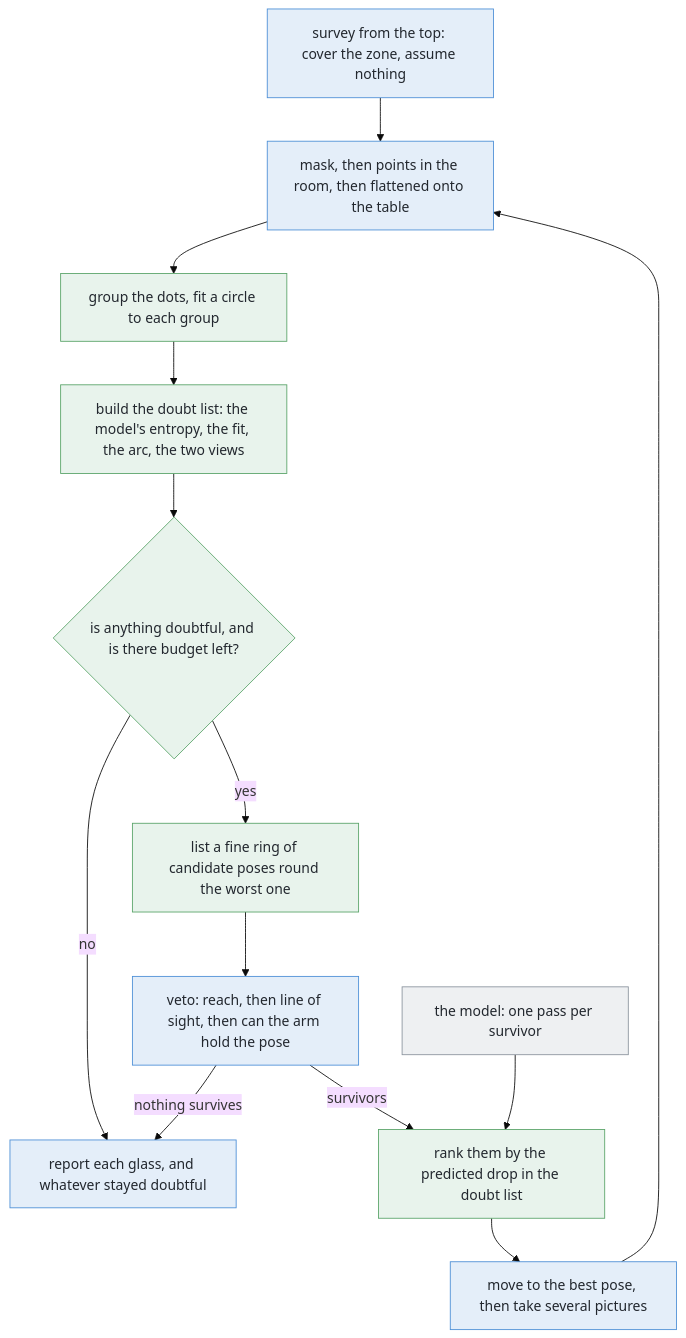
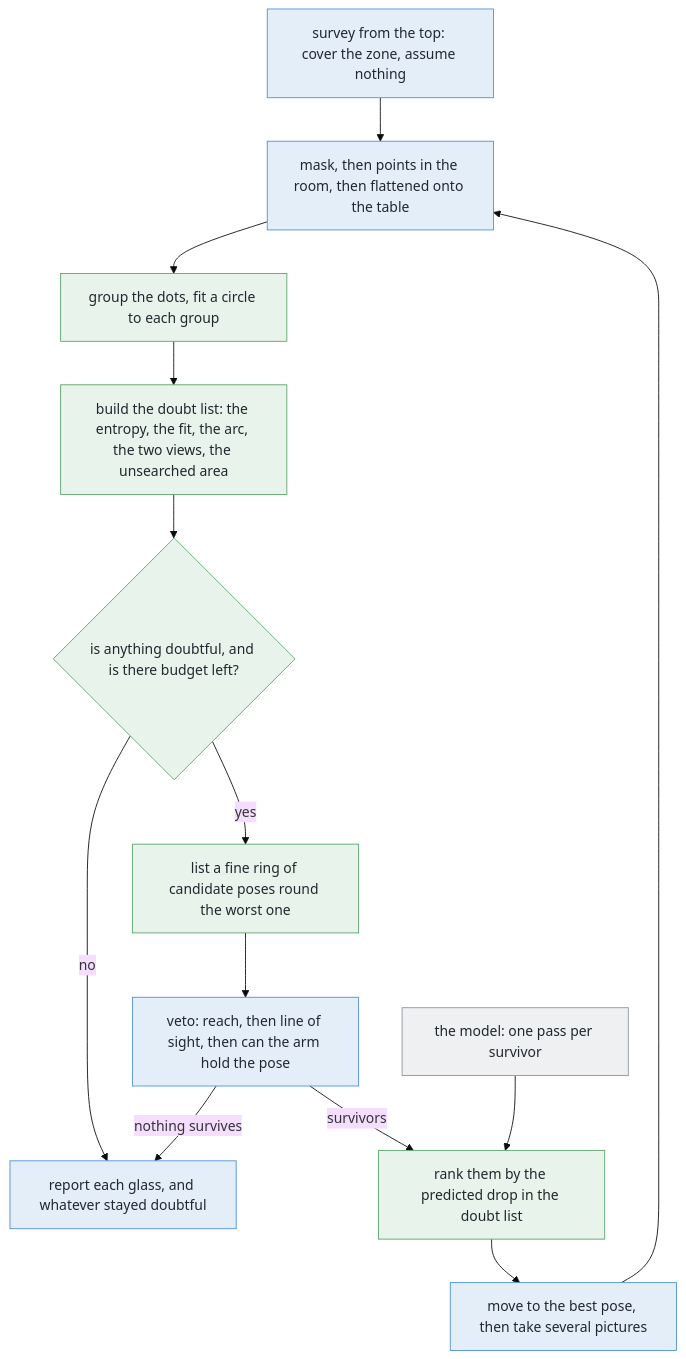
One commit to RobinNagpal/robot-arm-projects changed the diagram in v5-pick-glasses/docs/problem-2/solutions/04-learned-doubt-steers-the-next-picture.md. Above: the diagram before and after it, drawn with Mermaid (base theme). The commit also changed other lines of this file, not shown here.

First line of the commit message:
Solution 4: the doubt list gains a fifth entry, for a place rather than a thing

````diff
--- a/v5-pick-glasses/docs/problem-2/solutions/04-learned-doubt-steers-the-next-picture.md
+++ b/v5-pick-glasses/docs/problem-2/solutions/04-learned-doubt-steers-the-next-picture.md
@@ -321,26 +354,26 @@
 ```mermaid
 flowchart TD
     E1["survey from the top: cover the zone, assume nothing"] --> E2["mask, then points in the room, then flattened onto the table"]
     E2 --> E3["group the dots, fit a circle to each group"]
-    E3 --> N1["build the doubt list: the model's entropy, the fit, the arc, the two views"]
+    E3 --> N1["build the doubt list: the entropy, the fit, the arc, the two views, the unsearched area"]
     N1 --> D{"is anything doubtful, and is there budget left?"}
     D -->|"no"| E5["report each glass, and whatever stayed doubtful"]
     D -->|"yes"| N3["list a fine ring of candidate poses round the worst one"]
     N3 --> E6["veto: reach, then line of sight, then can the arm hold the pose"]
     E6 -->|"nothing survives"| E5
     E6 -->|"survivors"| N4["rank them by the predicted drop in the doubt list"]
     L2["the model: one pass per survivor"] --> N4
     N4 --> E7["move to the best pose, then take several pictures"]
     E7 --> E2
     style E1 fill:#e4eef9,stroke:#4c8fd6,color:#22272e
     style E2 fill:#e4eef9,stroke:#4c8fd6,color:#22272e
     style E5 fill:#e4eef9,stroke:#4c8fd6,color:#22272e
     style E6 fill:#e4eef9,stroke:#4c8fd6,color:#22272e
     style E7 fill:#e4eef9,stroke:#4c8fd6,color:#22272e
     style E3 fill:#e8f3ec,stroke:#5aa469,color:#22272e
     style N1 fill:#e8f3ec,stroke:#5aa469,color:#22272e
     style N3 fill:#e8f3ec,stroke:#5aa469,color:#22272e
     style N4 fill:#e8f3ec,stroke:#5aa469,color:#22272e
     style D fill:#e8f3ec,stroke:#5aa469,color:#22272e
     style L2 fill:#eef0f2,stroke:#8b949e,color:#22272e
 ```
````
